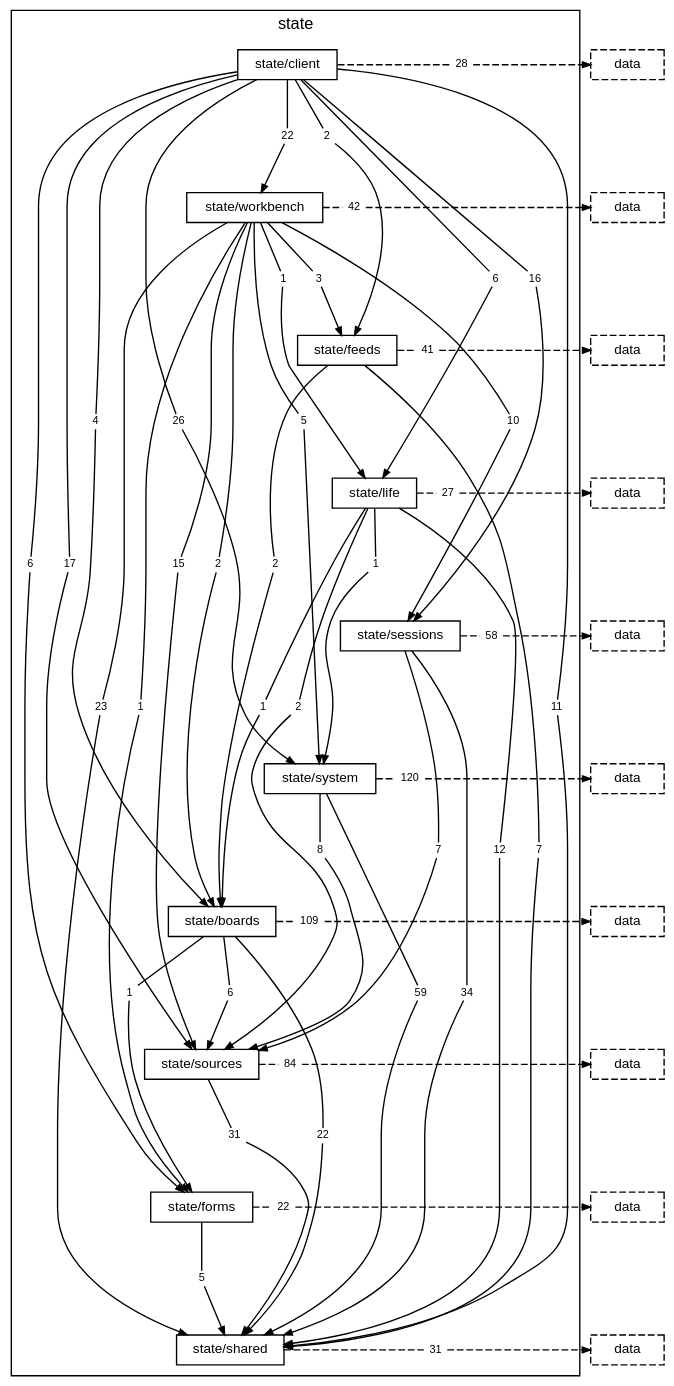
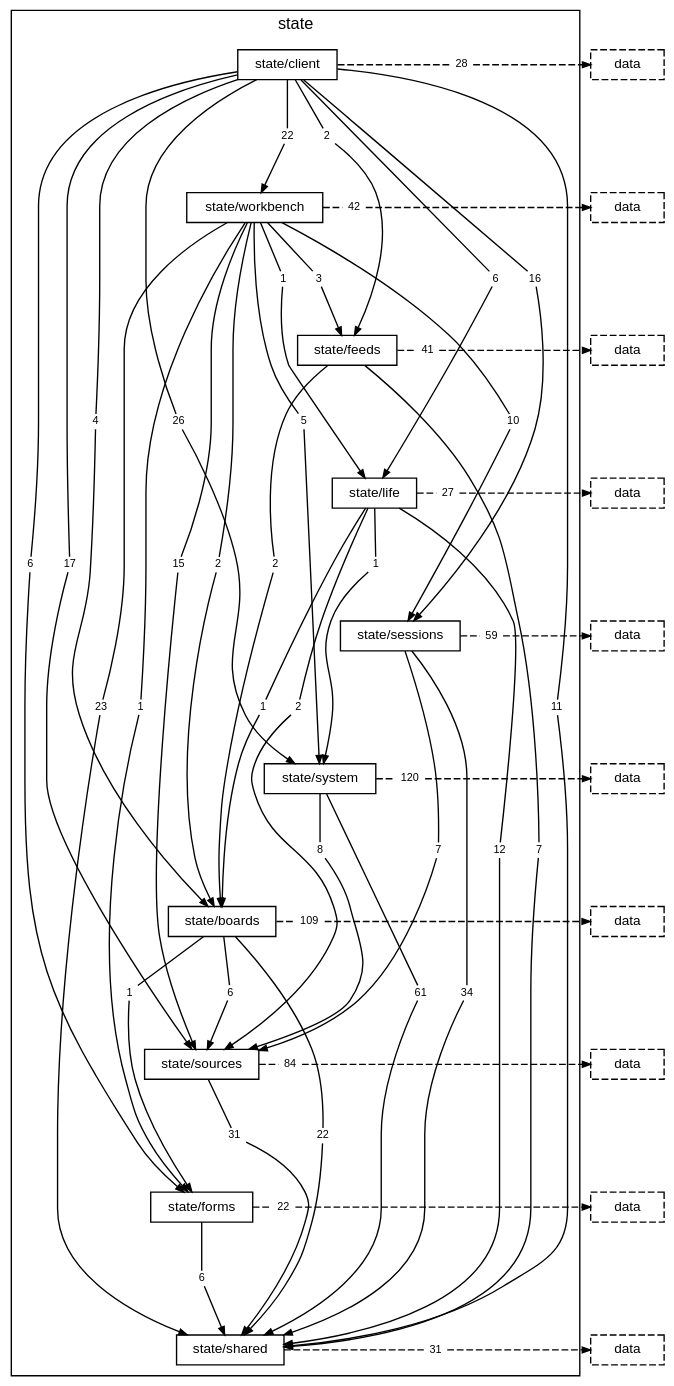
One commit to TheAxeC/oculus changed the diagram in docs/diagrams/layer-state.dot. Above: the diagram before and after it, drawn with Graphviz. The commit also changed 37 other files, not shown here.

```diff
--- a/docs/diagrams/layer-state.dot
+++ b/docs/diagrams/layer-state.dot
@@ -43,8 +43,8 @@
         "folder state/life to layer data" [label="27", shape=box, color="transparent", fontsize=8, width=0, height=0, margin="0.04,0.02"];
         "folder state/sessions to folder state/shared" [label="34", shape=box, color="transparent", fontsize=8, width=0, height=0, margin="0.04,0.02"];
         "folder state/sessions to folder state/sources" [label="7", shape=box, color="transparent", fontsize=8, width=0, height=0, margin="0.04,0.02"];
-        "folder state/sessions to layer data" [label="58", shape=box, color="transparent", fontsize=8, width=0, height=0, margin="0.04,0.02"];
-        "folder state/system to folder state/shared" [label="59", shape=box, color="transparent", fontsize=8, width=0, height=0, margin="0.04,0.02"];
+        "folder state/sessions to layer data" [label="59", shape=box, color="transparent", fontsize=8, width=0, height=0, margin="0.04,0.02"];
+        "folder state/system to folder state/shared" [label="61", shape=box, color="transparent", fontsize=8, width=0, height=0, margin="0.04,0.02"];
         "folder state/system to folder state/sources" [label="8", shape=box, color="transparent", fontsize=8, width=0, height=0, margin="0.04,0.02"];
         "folder state/system to layer data" [label="120", shape=box, color="transparent", fontsize=8, width=0, height=0, margin="0.04,0.02"];
         "folder state/boards to folder state/forms" [label="1", shape=box, color="transparent", fontsize=8, width=0, height=0, margin="0.04,0.02"];
@@ -53,7 +53,7 @@
         "folder state/boards to layer data" [label="109", shape=box, color="transparent", fontsize=8, width=0, height=0, margin="0.04,0.02"];
         "folder state/sources to folder state/shared" [label="31", shape=box, color="transparent", fontsize=8, width=0, height=0, margin="0.04,0.02"];
         "folder state/sources to layer data" [label="84", shape=box, color="transparent", fontsize=8, width=0, height=0, margin="0.04,0.02"];
-        "folder state/forms to folder state/shared" [label="5", shape=box, color="transparent", fontsize=8, width=0, height=0, margin="0.04,0.02"];
+        "folder state/forms to folder state/shared" [label="6", shape=box, color="transparent", fontsize=8, width=0, height=0, margin="0.04,0.02"];
         "folder state/forms to layer data" [label="22", shape=box, color="transparent", fontsize=8, width=0, height=0, margin="0.04,0.02"];
         "folder state/shared to layer data" [label="31", shape=box, color="transparent", fontsize=8, width=0, height=0, margin="0.04,0.02"];
     }
```
